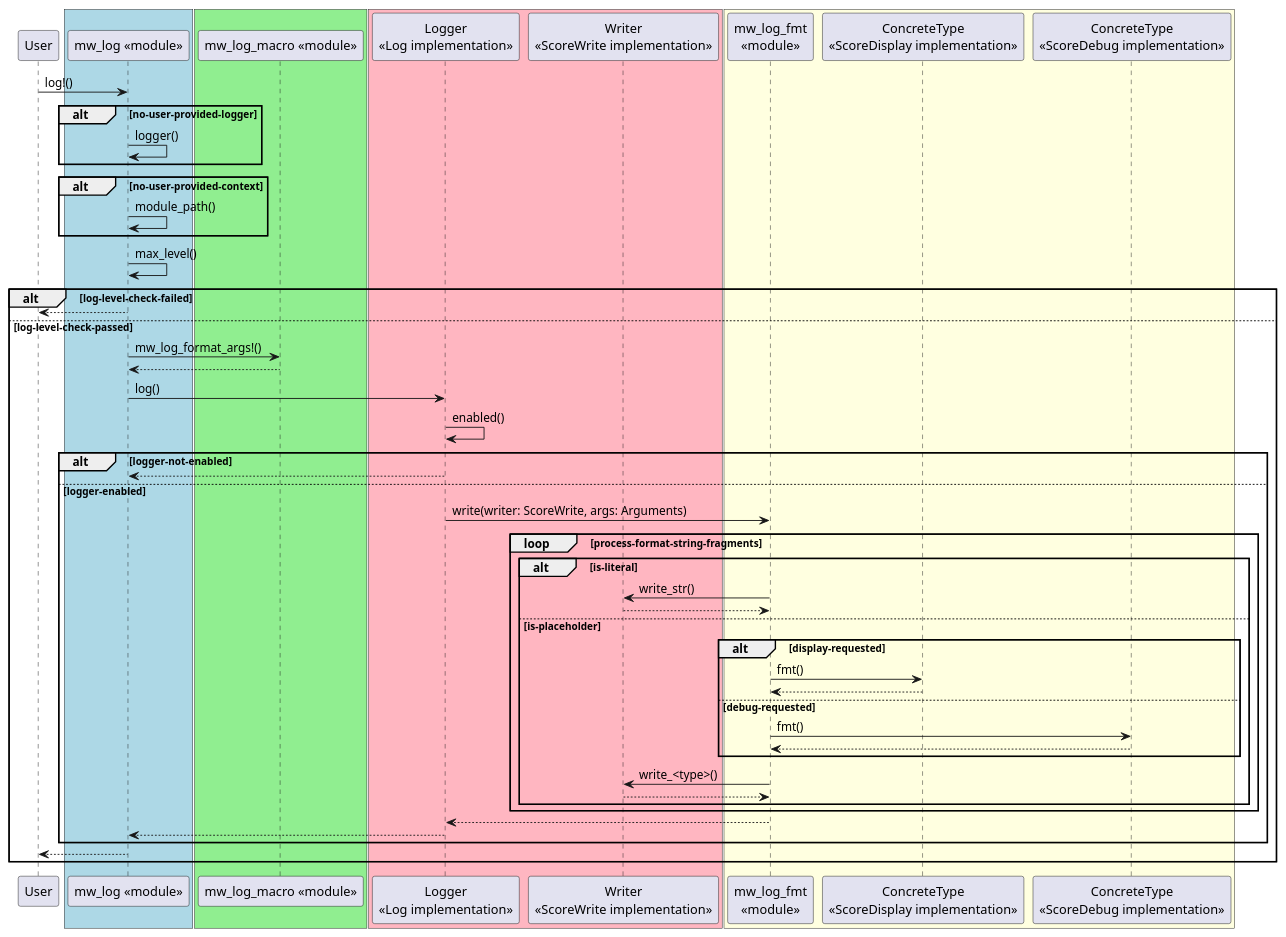
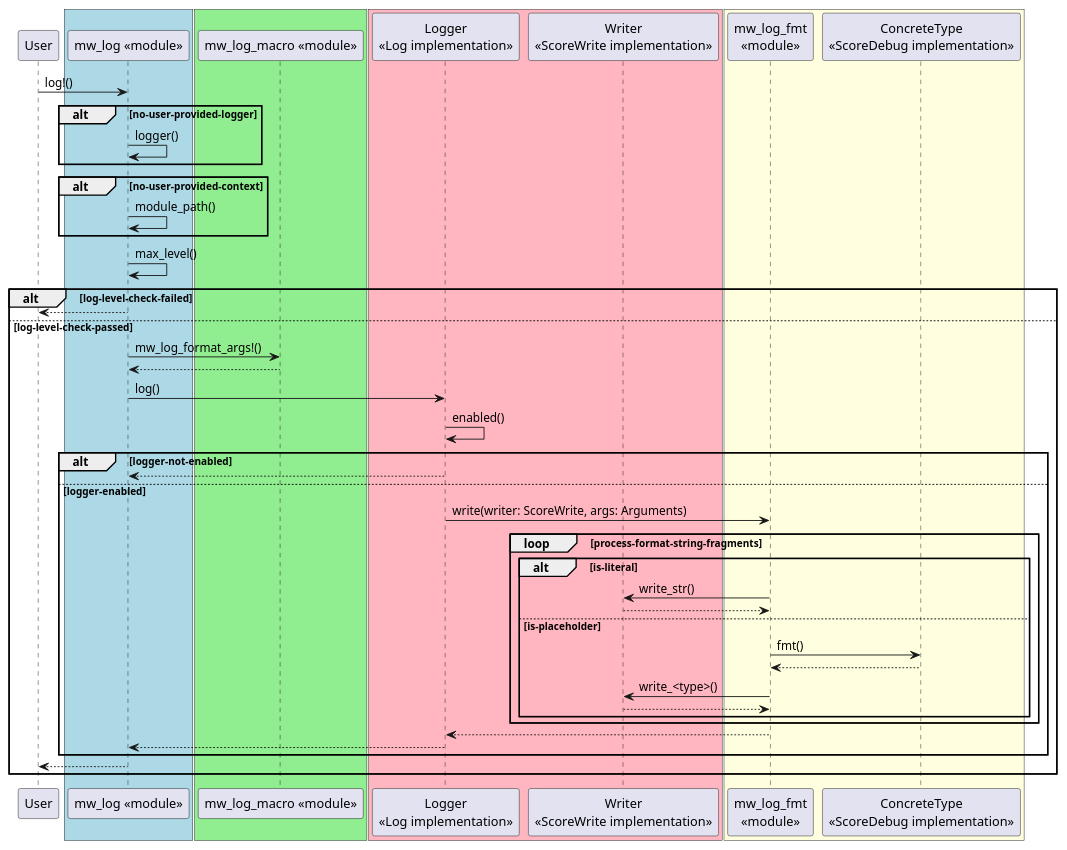
Before and after one commit to eclipse-score/baselibs_rust: the diagram in docs/module/log/detailed_design/_assets/log_op.puml, drawn with PlantUML. The commit also changed 18 other files, not shown here.

First line of the commit message:
log: `mw_log_fmt` implementation

```diff
--- a/docs/module/log/detailed_design/_assets/log_op.puml
+++ b/docs/module/log/detailed_design/_assets/log_op.puml
@@ -1,75 +1,70 @@
 @startuml log_op
 
 participant "User" as actor
 
 box #LightBlue
 participant "mw_log <<module>>" as mw_log
 end box
 
 box #LightGreen
 participant "mw_log_macro <<module>>" as mw_log_macro
 end box
 
 box #LightPink
 participant "Logger\n<<Log implementation>>" as logger
 participant "Writer\n<<ScoreWrite implementation>>" as writer
 end box
 
 box #LightYellow
 participant "mw_log_fmt\n<<module>>" as mw_log_fmt
-participant "ConcreteType\n<<ScoreDisplay implementation>>" as score_display
 participant "ConcreteType\n<<ScoreDebug implementation>>" as score_debug
 end box
 
 actor -> mw_log : log!()
 
 alt no-user-provided-logger
     mw_log -> mw_log : logger()
 end
 
 alt no-user-provided-context
     mw_log -> mw_log : module_path()
 end
 
 mw_log -> mw_log : max_level()
 
 alt log-level-check-failed
     mw_log --> actor
 
 else log-level-check-passed
     mw_log -> mw_log_macro : mw_log_format_args!()
     mw_log_macro --> mw_log
 
     mw_log -> logger : log()
 
     logger -> logger : enabled()
 
     alt logger-not-enabled
         logger --> mw_log
 
     else logger-enabled
         logger -> mw_log_fmt : write(writer: ScoreWrite, args: Arguments)
         loop process-format-string-fragments
             alt is-literal
                 mw_log_fmt -> writer : write_str()
                 writer --> mw_log_fmt
             else is-placeholder
-                alt display-requested
-                    mw_log_fmt -> score_display : fmt()
-                    score_display --> mw_log_fmt
-                else debug-requested
-                    mw_log_fmt -> score_debug : fmt()
-                    score_debug --> mw_log_fmt
-                end
+                mw_log_fmt -> score_debug : fmt()
+                score_debug --> mw_log_fmt
+
                 mw_log_fmt -> writer : write_<type>()
                 writer --> mw_log_fmt
             end
         end
 
         mw_log_fmt --> logger
         logger --> mw_log
     end
     mw_log --> actor
 end
 
 @enduml
```
